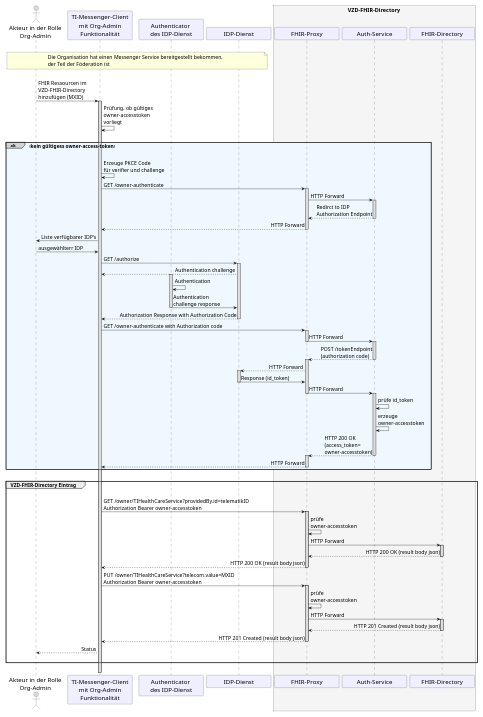
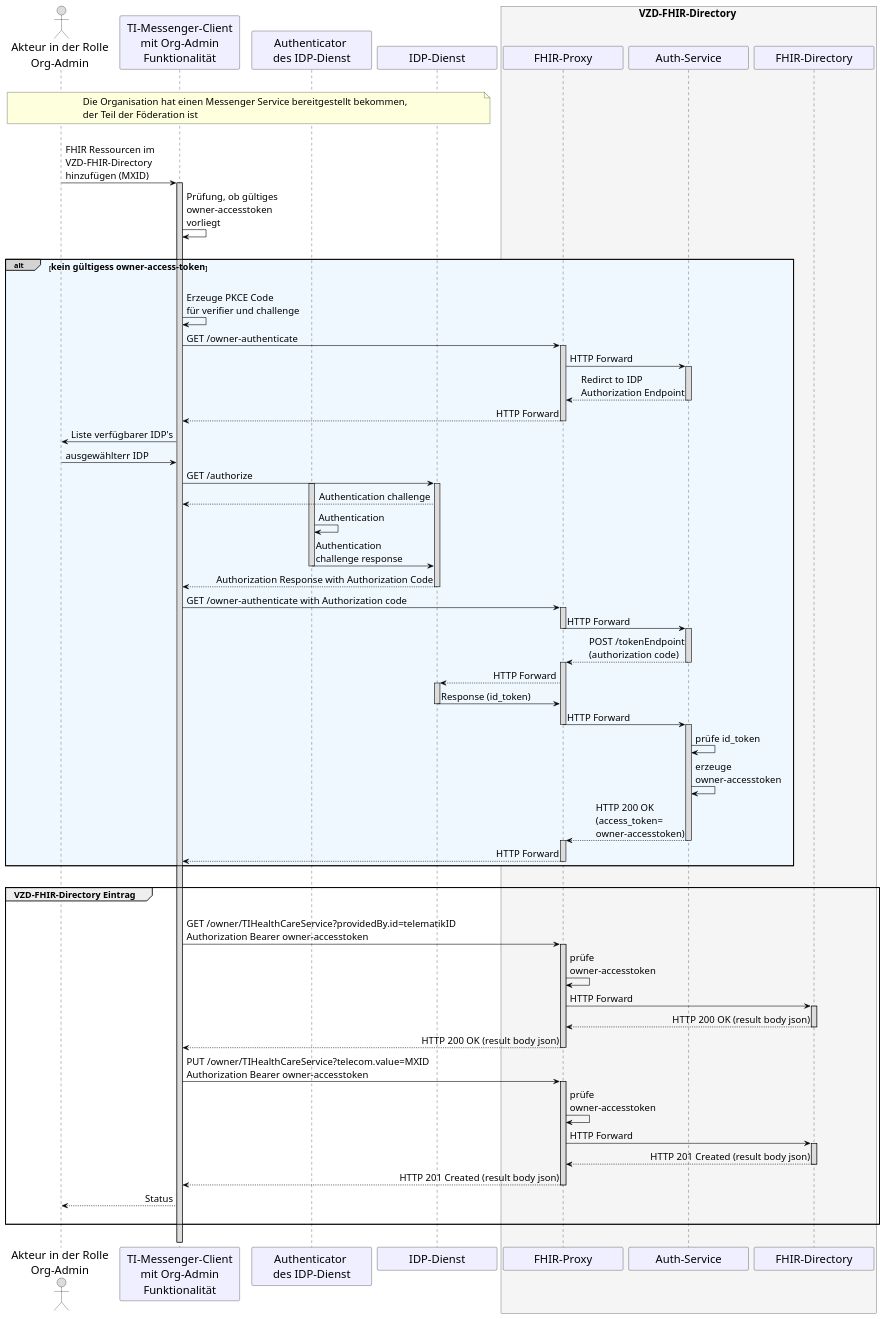
The diagram in src/plantuml/TI-Messenger-Dienst/Ressourcen/UC_10059_Seq.puml (gematik/api-ti-messenger), drawn with PlantUML before and after one commit.

```diff
--- a/src/plantuml/TI-Messenger-Dienst/Ressourcen/UC_10059_Seq.puml
+++ b/src/plantuml/TI-Messenger-Dienst/Ressourcen/UC_10059_Seq.puml
@@ -9,125 +9,125 @@
 @startuml
 skinparam sequenceMessageAlign direction
 skinparam minClassWidth 200
 skinparam BoxPadding 1
 skinparam sequenceReferenceHeaderBackgroundColor palegreen
-scale max 850 width
+scale max 2048 width
 
 skinparam sequence {
 ArrowColor black
 ArrowFontSize 17
 ActorBorderColor black
 LifeLineBorderColor black
 LifeLineBackgroundColor Gainsboro
 
 ParticipantBorderColor Motivation
 ParticipantBackgroundColor Motivation
 ParticipantFontName Impact
 ParticipantFontSize 20
 ParticipantFontColor black
 ParticipantBorderColor Black
 ParticipantBackgroundColor MOTIVATION
 
 ActorBackgroundColor Gainsboro
 ActorFontColor black
 ActorFontSize 20
 ActorFontName Aapex
 }
     actor U as "Akteur in der Rolle\nOrg-Admin"
     participant C as "TI-Messenger-Client\n mit Org-Admin \nFunktionalität"
     participant A as "Authenticator \ndes IDP-Dienst"
     participant I as "IDP-Dienst" 
     box <size:18>VZD-FHIR-Directory</size> #WhiteSmoke
       participant FP as "FHIR-Proxy"
       participant Auth as "Auth-Service"
       participant VZD as "FHIR-Directory"
     end box
 
 |||
 note over U, I: <size:17>Die Organisation hat einen Messenger Service bereitgestellt bekommen, \n<size:17>der Teil der Föderation ist</size>
 |||
 
 U->C: FHIR Ressourcen im \nVZD-FHIR-Directory \nhinzufügen (MXID)
   Activate C
 C->C: Prüfung, ob gültiges \nowner-accesstoken \nvorliegt
 
 |||
 alt#LightGrey #AliceBlue <size:16>kein gültigess owner-access-token</size>
 |||
 
   C->C: Erzeuge PKCE Code \nfür verifier und challenge
   C->FP: GET /owner-authenticate
     Activate FP
   FP->Auth: HTTP Forward
     Activate Auth
   Auth-->FP: Redirct to IDP \nAuthorization Endpoint
     Deactivate Auth
   FP-->C: HTTP Forward
     Deactivate FP
         
   C->U: Liste verfügbarer IDP's
   U->C: ausgewählterr IDP
     
   C->I: GET /authorize
+    Activate A
     Activate I
   I-->C: Authentication challenge
-    Activate A
   A->A: Authentication
   A->I: Authentication \nchallenge response
     Deactivate A
   I-->C: Authorization Response with Authorization Code
     Deactivate I
           
   C->FP: GET /owner-authenticate with Authorization code
     Activate FP
   FP->Auth: HTTP Forward
     Deactivate FP
     Activate Auth
   Auth-->FP: POST /tokenEndpoint\n(authorization code)
     Deactivate Auth
     Activate FP
   FP-->I: HTTP Forward
     Activate I
   I->FP: Response (id_token)
     Deactivate I
   FP->Auth: HTTP Forward
     Deactivate FP
     Activate Auth
   Auth->Auth: prüfe id_token
   Auth->Auth: erzeuge \nowner-accesstoken
   Auth-->FP: HTTP 200 OK \n(access_token=\nowner-accesstoken)
     Deactivate Auth
     Activate FP
   FP-->C: HTTP Forward
     Deactivate FP
 end
       
 |||
 
 group <size:16>VZD-FHIR-Directory Eintrag</size>
   |||
   C->FP: GET /owner/TIHealthCareService?providedBy.id=telematikID \nAuthorization Bearer owner-accesstoken
     Activate FP
   FP->FP: prüfe \nowner-accesstoken
   FP->VZD: HTTP Forward
     Activate VZD
   VZD-->FP: HTTP 200 OK (result body json)
     Deactivate VZD
   FP-->C: HTTP 200 OK (result body json)
     Deactivate FP
   C->FP: PUT /owner/TIHealthCareService?telecom.value=MXID \nAuthorization Bearer owner-accesstoken
     Activate FP
   FP->FP: prüfe \nowner-accesstoken
   FP->VZD: HTTP Forward
     Activate VZD
   VZD-->FP: HTTP 201 Created (result body json)
     Deactivate VZD
   FP-->C: HTTP 201 Created (result body json)
     Deactivate FP
   C-->U: Status    
   |||
 end
 |||
 
   Deactivate C
 @enduml
```
